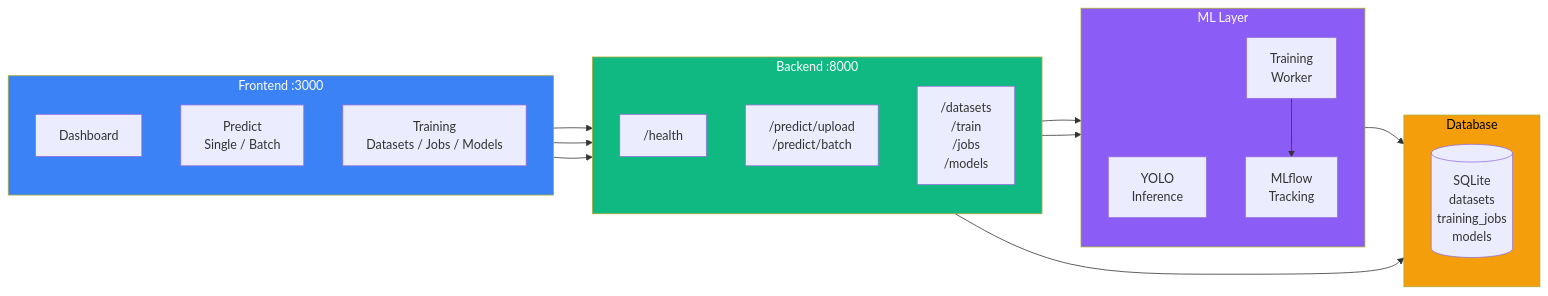
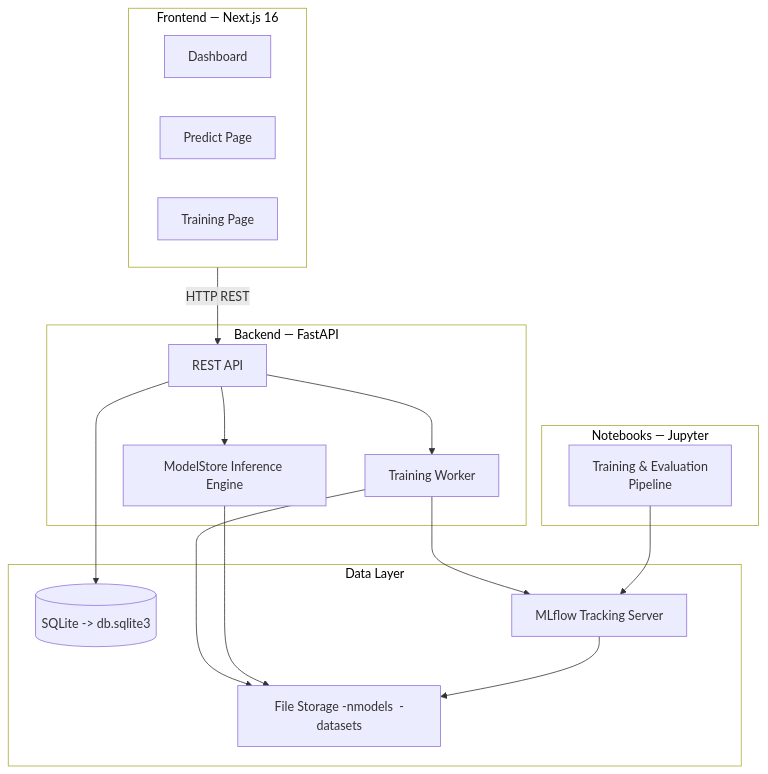
Before and after one commit to PaulSebastian9720/app_tools_predict: the second of 2 diagrams in README.md, drawn with Mermaid. The commit also changed other lines of this file and 7 other files, not shown here.

````diff
--- a/README.md
+++ b/README.md
@@ -106,42 +185,41 @@
 ```mermaid
-flowchart LR
-    subgraph FE["Frontend :3000"]
-        direction TB
-        FE1["Dashboard"]
-        FE2["Predict\nSingle / Batch"]
-        FE3["Training\nDatasets / Jobs / Models"]
+flowchart TB
+
+    subgraph FRONTEND["Frontend — Next.js 16"]
+        DASH["Dashboard"]
+        PRED["Predict Page"]
+        TRAIN["Training Page"]
     end
 
-    subgraph BE["Backend :8000"]
-        direction TB
-        BE1["/health"]
-        BE2["/predict/upload\n/predict/batch"]
-        BE3["/datasets\n/train\n/jobs\n/models"]
+    subgraph BACKEND["Backend — FastAPI"]
+        API["REST API"]
+        STORE["ModelStore Inference Engine"]
+        WORKER["Training Worker"]
     end
 
-    subgraph DB["Database"]
-        direction TB
-        DB1[("SQLite\ndatasets\ntraining_jobs\nmodels")]
+    subgraph DATA["Data Layer"]
+        DB[("SQLite -> db.sqlite3")]
+        MLFLOW["MLflow Tracking Server"]
+        FS["File Storage -nmodels  -datasets"]
     end
 
-    subgraph ML["ML Layer"]
-        direction TB
-        ML1["YOLO\nInference"]
-        ML2["Training\nWorker"]
-        ML3["MLflow\nTracking"]
+    subgraph NOTEBOOKS["Notebooks — Jupyter"]
+        NB["Training & Evaluation\nPipeline"]
     end
 
-    FE1 --> BE1
-    FE2 --> BE2
-    FE3 --> BE3
-    BE2 --> ML1
-    BE3 --> DB1
-    BE3 --> ML2
-    ML2 --> ML3
-    ML1 --> DB1
+    
+    FRONTEND -->|HTTP REST| API
+    API --> STORE
+    API --> DB
+    API --> WORKER
+    WORKER --> MLFLOW
+    WORKER --> FS
+    STORE --> FS
+    NB --> MLFLOW
+    MLFLOW --> FS
 
-    style FE fill:#3b82f6,color:#fff
-    style BE fill:#10b981,color:#fff
-    style DB fill:#f59e0b,color:#000
-    style ML fill:#8b5cf6,color:#fff
+    style FRONTEND fill:#fff,color:#000
+    style BACKEND fill:#fff,color:#000
+    style DATA fill:#fff,color:#000
+    style NOTEBOOKS fill:#fff,color:#000
 ```
````
